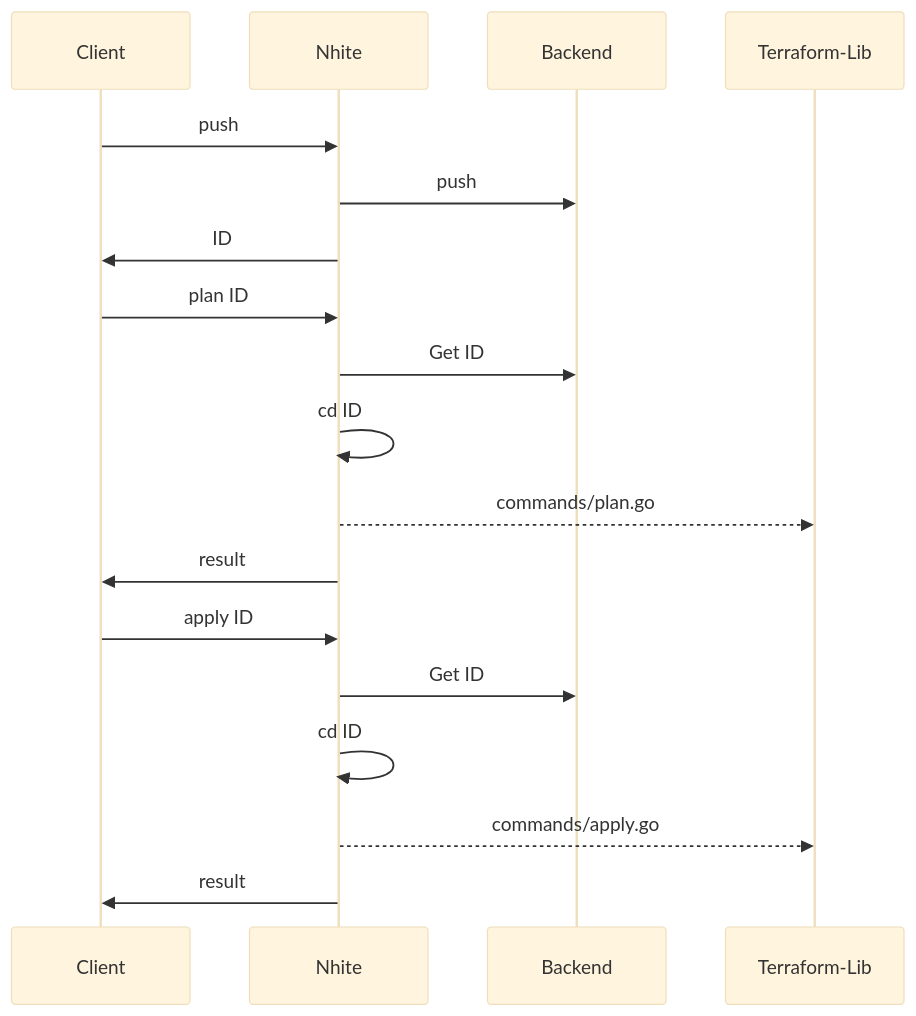
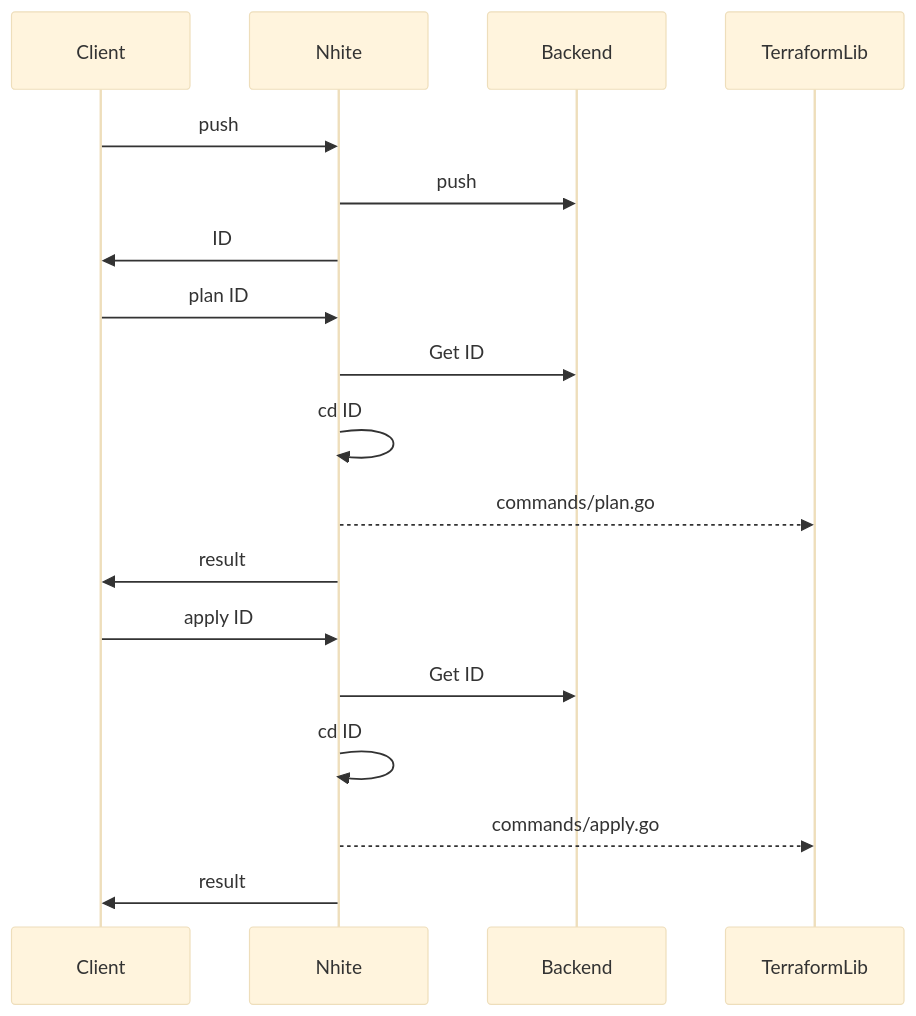
One commit to nhite/nhite.github.io changed the diagram in src/content/principles/architecture.md. Above: the diagram before and after it, drawn with Mermaid (base theme). The commit also changed 4 other files, not shown here.

```diff
--- a/src/content/principles/architecture.md
+++ b/src/content/principles/architecture.md
@@ -7,20 +7,20 @@
 {{<mermaid>}}
 sequenceDiagram
     participant Client
     participant Nhite
     participant Backend
-    participant Terraform-Lib
+    participant TerraformLib
     Client->>Nhite: push
     Nhite->>Backend: push
     Nhite->>Client: ID
     Client->>Nhite: plan ID
     Nhite->>Backend: Get ID
     Nhite->>Nhite: cd ID
-    Nhite-->>Terraform-Lib: commands/plan.go
+    Nhite-->>TerraformLib: commands/plan.go
     Nhite->>Client: result
     Client->>Nhite: apply ID
     Nhite->>Backend: Get ID
     Nhite->>Nhite: cd ID
-    Nhite-->>Terraform-Lib: commands/apply.go
+    Nhite-->>TerraformLib: commands/apply.go
     Nhite->>Client: result
 {{< /mermaid >}}
```
